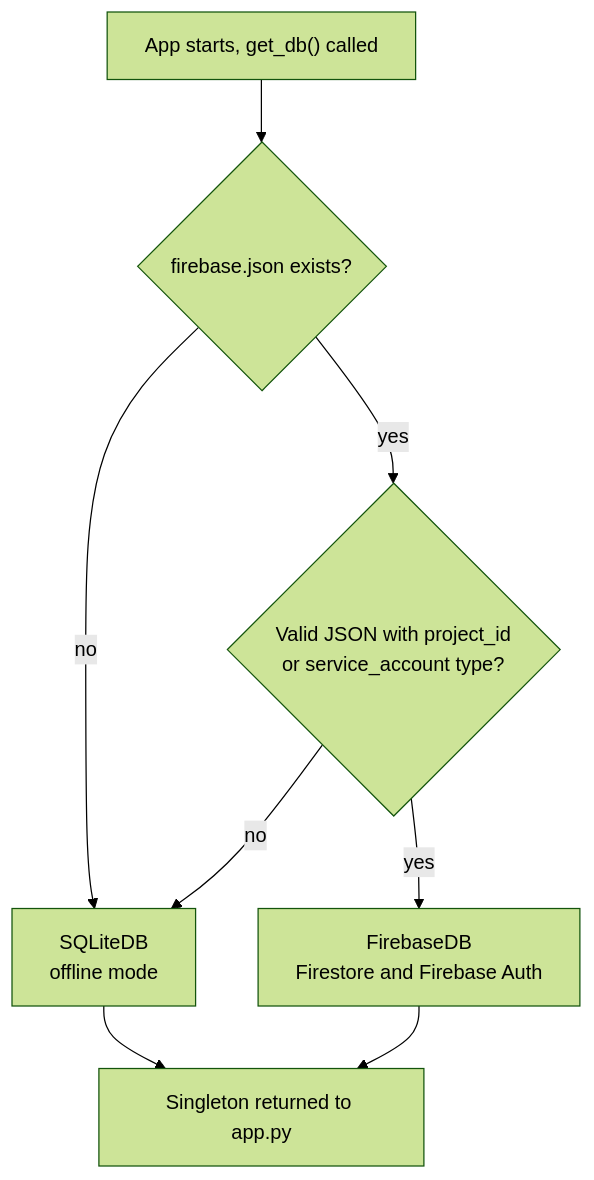
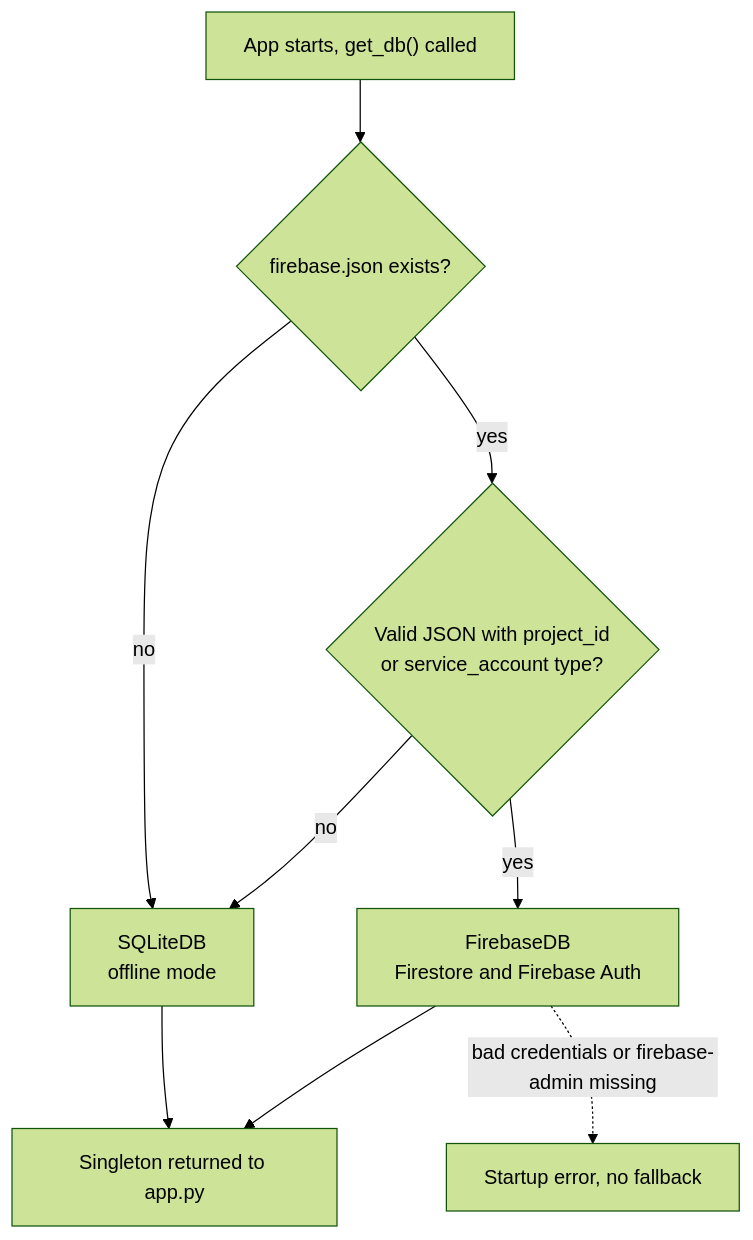
One commit to Alexjmathew/AIBOOMI changed the third of 8 diagrams in README.md. Above: the diagram before and after it, drawn with Mermaid (forest theme). The commit also changed other lines of this file, not shown here.

````diff
--- a/README.md
+++ b/README.md
@@ -137,10 +249,11 @@
 ```mermaid
 flowchart TD
     A["App starts, get_db() called"] --> B{"firebase.json exists?"}
     B -- "no" --> S["SQLiteDB<br/>offline mode"]
     B -- "yes" --> C{"Valid JSON with project_id<br/>or service_account type?"}
     C -- "no" --> S
     C -- "yes" --> F["FirebaseDB<br/>Firestore and Firebase Auth"]
+    F -. "bad credentials or firebase-admin missing" .-> X["Startup error, no fallback"]
     S --> R["Singleton returned to app.py"]
     F --> R
 ```
````
